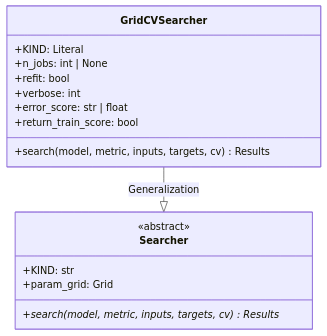
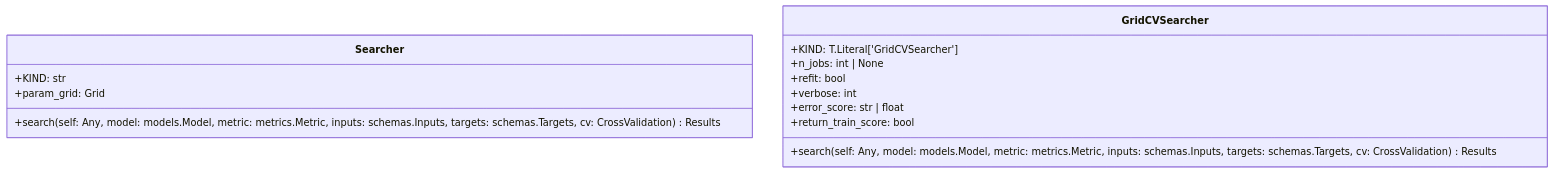
One commit to lgcorzo/mlops-python-package changed the diagram in openwiki/modules/regression_model_template/utils/searchers.md. Above: the diagram before and after it, drawn with Mermaid. The commit also changed other lines of this file and 40 other files, not shown here.

````diff
--- a/openwiki/modules/regression_model_template/utils/searchers.md
+++ b/openwiki/modules/regression_model_template/utils/searchers.md
@@ -26,20 +23,18 @@
 ```mermaid
 classDiagram
     direction BT
     class Searcher {
-        <<abstract>>
         +KIND: str
         +param_grid: Grid
-        +search(model, metric, inputs, targets, cv)* Results
+        +search(self: Any, model: models.Model, metric: metrics.Metric, inputs: schemas.Inputs, targets: schemas.Targets, cv: CrossValidation) Results
     }
     class GridCVSearcher {
-        +KIND: Literal
+        +KIND: T.Literal['GridCVSearcher']
         +n_jobs: int | None
         +refit: bool
         +verbose: int
         +error_score: str | float
         +return_train_score: bool
-        +search(model, metric, inputs, targets, cv) Results
+        +search(self: Any, model: models.Model, metric: metrics.Metric, inputs: schemas.Inputs, targets: schemas.Targets, cv: CrossValidation) Results
     }
-    Searcher <|-- GridCVSearcher : Generalization
 ```
````
